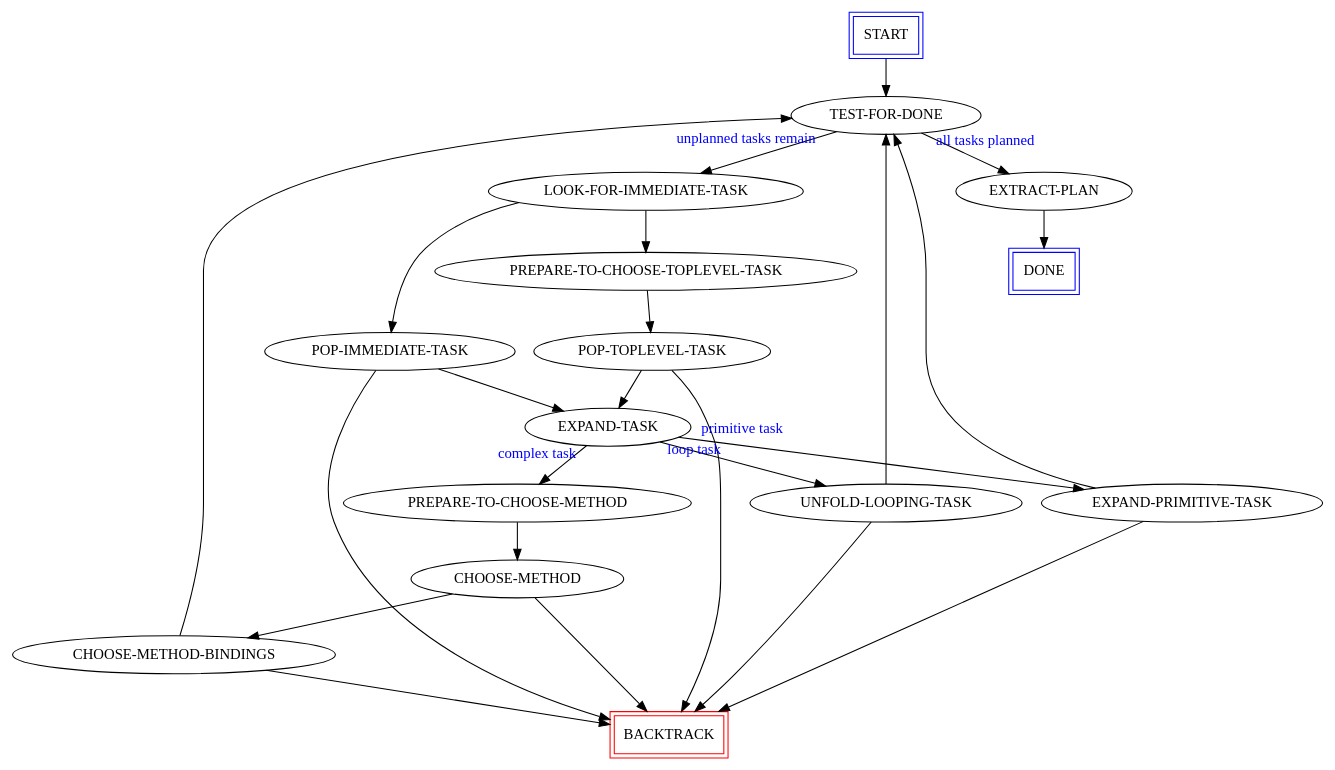
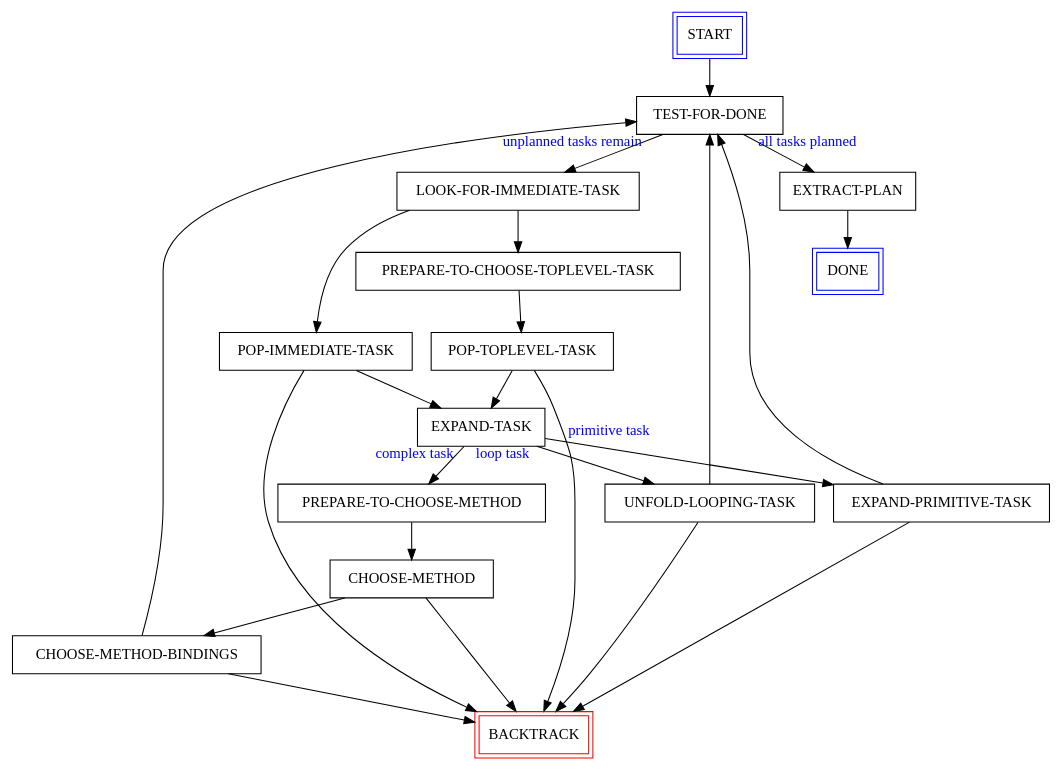
Before and after one commit to shop-planner/shop3: the diagram in shop2/explicit-stack-search/stack-machine.dot, drawn with Graphviz.

Commit message:
Node shapes now default to rectangle.
Request for presentation materials.

```diff
--- a/shop2/explicit-stack-search/stack-machine.dot
+++ b/shop2/explicit-stack-search/stack-machine.dot
@@ -1,66 +1,68 @@
 digraph shop2_stack_machine {
+        node [shape="rectangle"];
+        
         "START" [fontname="bold",color="blue",shape="rectangle",peripheries=2];
         "TEST-FOR-DONE";
         "LOOK-FOR-IMMEDIATE-TASK";
         "POP-IMMEDIATE-TASK";
         "PREPARE-TO-CHOOSE-TOPLEVEL-TASK";
         "POP-TOPLEVEL-TASK";
         "EXPAND-TASK";
         "UNFOLD-LOOPING-TASK";
         "EXPAND-PRIMITIVE-TASK";
         "PREPARE-TO-CHOOSE-METHOD";
         "CHOOSE-METHOD";
         "CHOOSE-METHOD-BINDINGS";
         "EXTRACT-PLAN";
         {
                 node[fontname="bold"];
                 
                 "BACKTRACK" [color=red,shape="rectangle",peripheries=2];
                 "DONE" [color="blue",shape="rectangle",peripheries=2];
         }
         
         
         subgraph {
                 edge [labelfontcolor="blue"];
 
                 "START" -> "TEST-FOR-DONE";
                 
                 "LOOK-FOR-IMMEDIATE-TASK" -> "POP-IMMEDIATE-TASK";
                 "LOOK-FOR-IMMEDIATE-TASK" -> "PREPARE-TO-CHOOSE-TOPLEVEL-TASK";
                 "POP-IMMEDIATE-TASK" -> "EXPAND-TASK";
                 "POP-IMMEDIATE-TASK" -> "BACKTRACK";
                 "PREPARE-TO-CHOOSE-TOPLEVEL-TASK" -> "POP-TOPLEVEL-TASK";
                 "POP-TOPLEVEL-TASK" -> "EXPAND-TASK";
                 "POP-TOPLEVEL-TASK" -> "BACKTRACK";
                 {
                         edge [labelfontcolor="blue"];
                         
                         "EXPAND-TASK" -> "EXPAND-PRIMITIVE-TASK" [taillabel="   primitive task"];
                         "EXPAND-TASK" -> "UNFOLD-LOOPING-TASK" [taillabel="loop task",xlp="-20"];
                         "EXPAND-TASK" -> "PREPARE-TO-CHOOSE-METHOD" [taillabel="complex task"];
 
                         "TEST-FOR-DONE" -> "EXTRACT-PLAN" [taillabel="all tasks planned"];
                         "TEST-FOR-DONE" -> "LOOK-FOR-IMMEDIATE-TASK" [taillabel="unplanned tasks remain"];
                 }
         
                 "UNFOLD-LOOPING-TASK" -> "TEST-FOR-DONE";
                 "UNFOLD-LOOPING-TASK" -> "BACKTRACK";
                 "EXPAND-PRIMITIVE-TASK" -> "TEST-FOR-DONE";
                 "EXPAND-PRIMITIVE-TASK" -> "BACKTRACK";
                 "PREPARE-TO-CHOOSE-METHOD" -> "CHOOSE-METHOD";
                 "CHOOSE-METHOD" -> "CHOOSE-METHOD-BINDINGS";
                 "CHOOSE-METHOD" -> "BACKTRACK";
                 "CHOOSE-METHOD-BINDINGS" -> "TEST-FOR-DONE";
                 "CHOOSE-METHOD-BINDINGS" -> "BACKTRACK";
                 "EXTRACT-PLAN" -> "DONE";
                 
         }
 
         
         
         
         
 
         
         
 }
```
